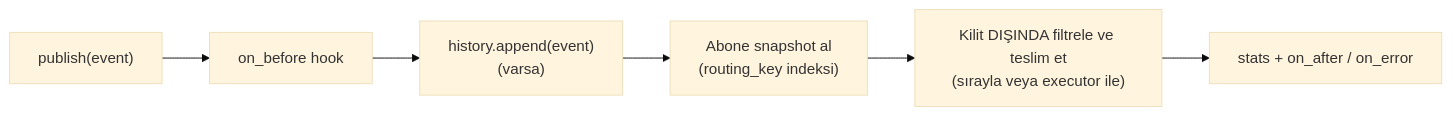
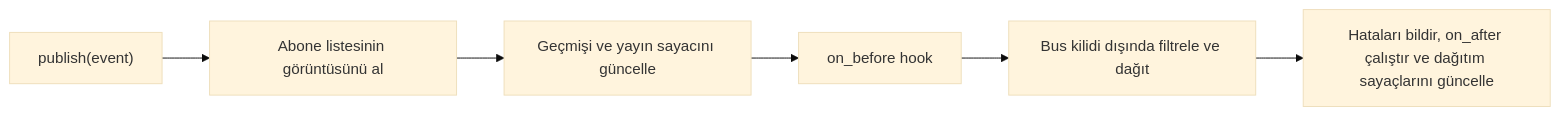
The diagram in docs/tr/sync-bus-and-routing.md (TahsinCr/python-flowevent), drawn with Mermaid (base theme) before and after one commit. The commit also changed other lines of this file and 12 other files, not shown here.

Commit message:
docs: verify and correct flowevent guides

````diff
--- a/docs/tr/sync-bus-and-routing.md
+++ b/docs/tr/sync-bus-and-routing.md
@@ -25,8 +25,8 @@
 ```mermaid
 flowchart LR
-    Pub["publish(event)"] --> Before["on_before hook"]
-    Before --> Hist["history.append(event)\n(varsa)"]
-    Hist --> Snap["Abone snapshot al\n(routing_key indeksi)"]
-    Snap --> Deliver["Kilit DIŞINDA filtrele ve teslim et\n(sırayla veya executor ile)"]
-    Deliver --> Stats["stats + on_after / on_error"]
+    Pub["publish(event)"] --> Snap["Abone listesinin görüntüsünü al"]
+    Snap --> Hist["Geçmişi ve yayın sayacını güncelle"]
+    Hist --> Before["on_before hook"]
+    Before --> Deliver["Bus kilidi dışında filtrele ve dağıt"]
+    Deliver --> Stats["Hataları bildir, on_after çalıştır ve dağıtım sayaçlarını güncelle"]
 ```
````
